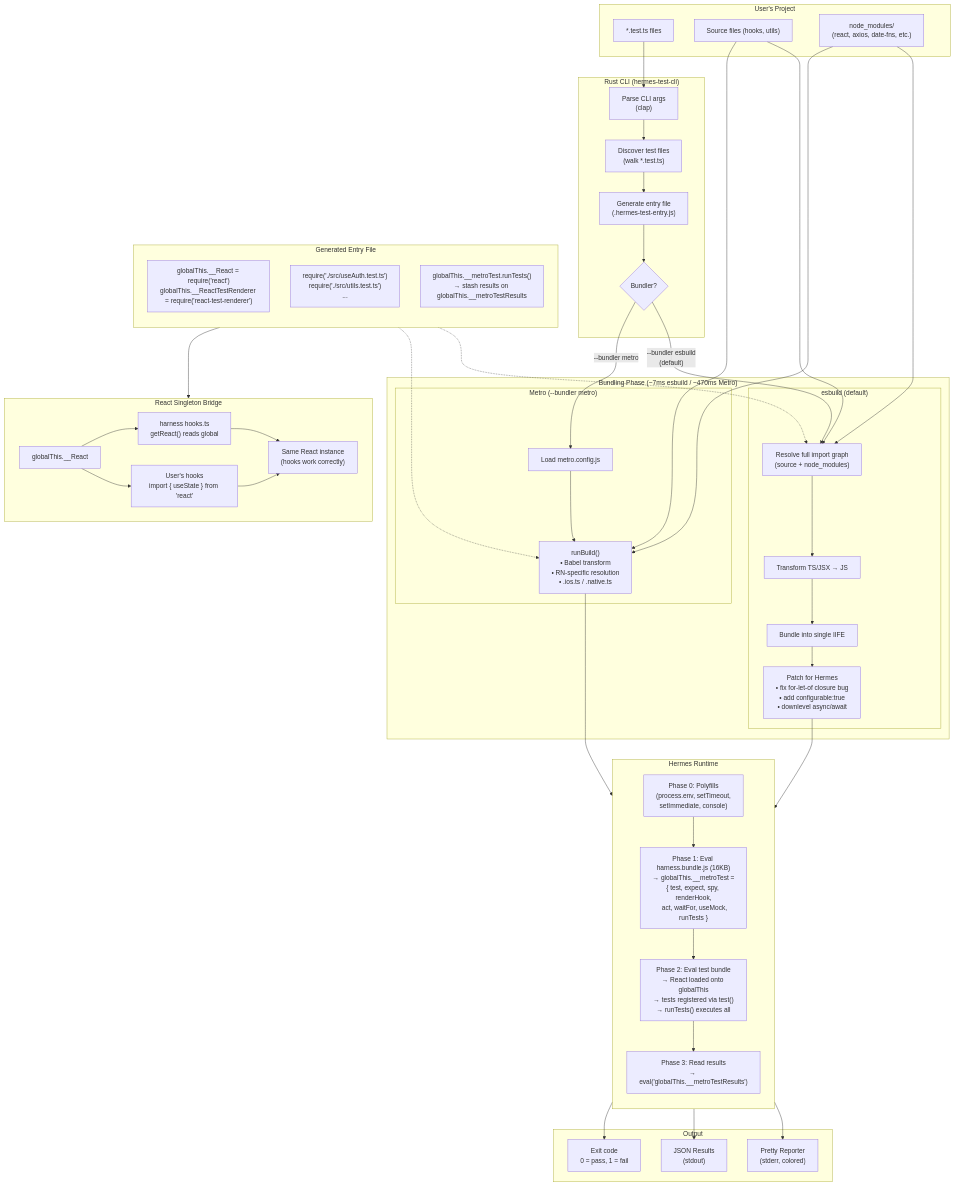
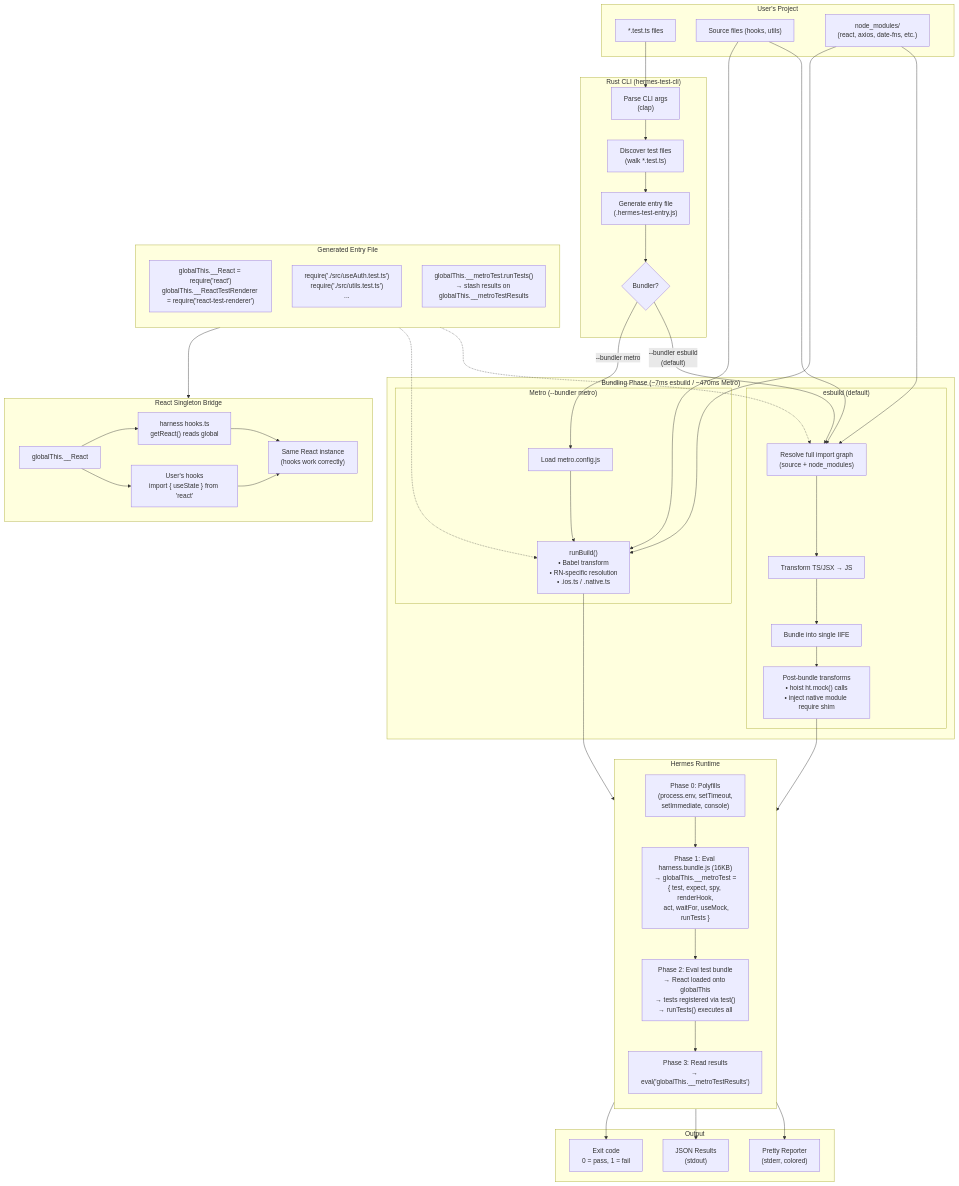
One commit to marcuzgabriel/hermes-test changed the first of 5 diagrams in docs/architecture.md. Above: the diagram before and after it, drawn with Mermaid. The commit also changed 3 other files, not shown here.

```diff
--- a/docs/architecture.md
+++ b/docs/architecture.md
@@ -20,7 +20,7 @@
             EB_RESOLVE["Resolve full import graph\n(source + node_modules)"]
             EB_TRANSFORM["Transform TS/JSX → JS"]
             EB_BUNDLE["Bundle into single IIFE"]
-            EB_PATCH["Patch for Hermes\n• fix for-let-of closure bug\n• add configurable:true\n• downlevel async/await"]
+            EB_PATCH["Post-bundle transforms\n• hoist ht.mock() calls\n• inject native module require shim"]
         end
         subgraph METRO["Metro (--bundler metro)"]
             M_CONFIG["Load metro.config.js"]
```
